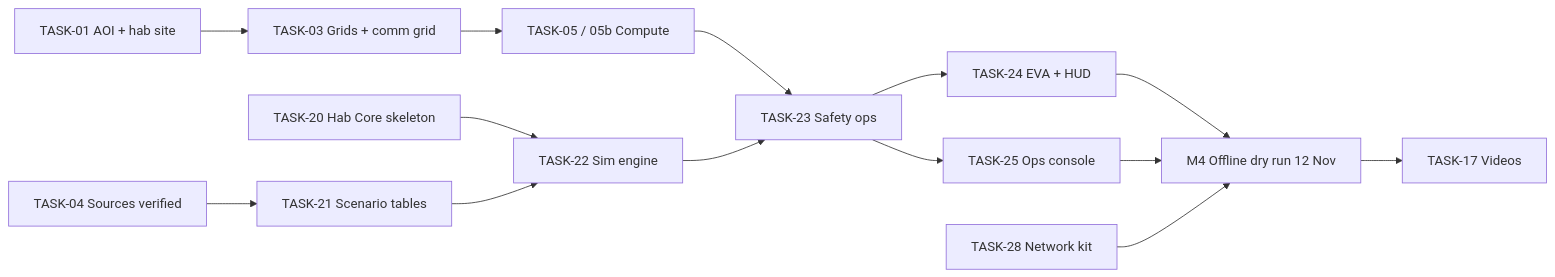
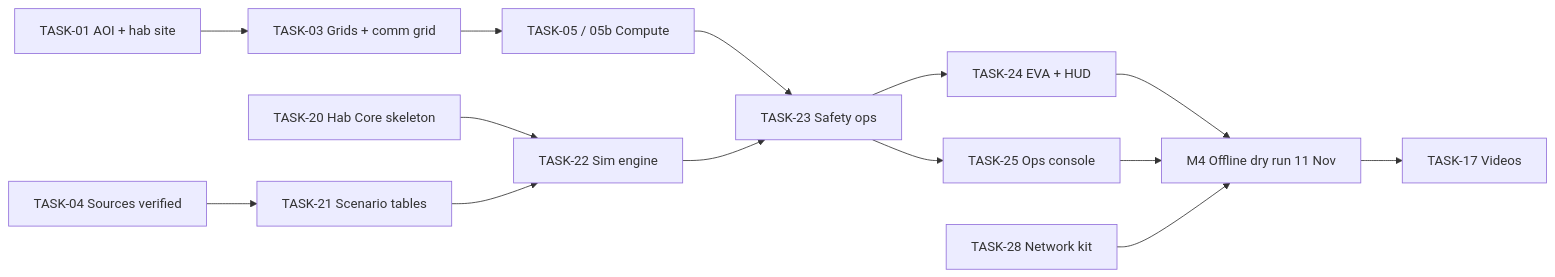
Before and after one commit to tashobi02/Gale-Surface-Ops: the diagram in docs/specs/06_High_Level_Implementation_Plan.md, drawn with Mermaid. The commit also changed other lines of this file and 13 other files, not shown here.

First line of the commit message:
docs(plan): team dry run 11 Nov, data download list, FR-50 stop task list, per-person assignments

````diff
--- a/docs/specs/06_High_Level_Implementation_Plan.md
+++ b/docs/specs/06_High_Level_Implementation_Plan.md
@@ -122,16 +142,16 @@
 ```mermaid
 flowchart LR
   T01["TASK-01 AOI + hab site"] --> T03["TASK-03 Grids + comm grid"]
   T03 --> T05["TASK-05 / 05b Compute"]
   T04["TASK-04 Sources verified"] --> T21["TASK-21 Scenario tables"]
   T20["TASK-20 Hab Core skeleton"] --> T22["TASK-22 Sim engine"]
   T05 --> T23["TASK-23 Safety ops"]
   T21 --> T22
   T22 --> T23
   T23 --> T24["TASK-24 EVA + HUD"]
   T23 --> T25["TASK-25 Ops console"]
-  T24 --> M4["M4 Offline dry run 12 Nov"]
+  T24 --> M4["M4 Offline dry run 11 Nov"]
   T25 --> M4
   T28["TASK-28 Network kit"] --> M4
   M4 --> T17["TASK-17 Videos"]
 ```
````
